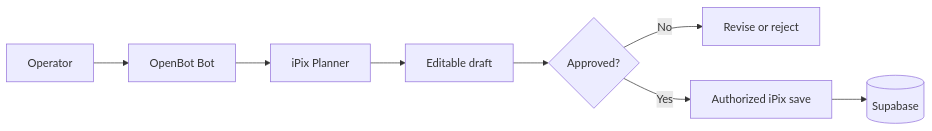
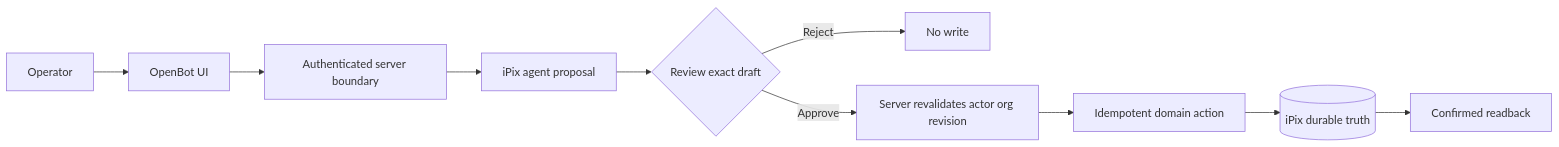
Before and after one commit to amoai-tech/ipix-open: the diagram in .claude/skills/mermaid-diagrams/SKILL.md, drawn with Mermaid. The commit also changed other lines of this file and 3 other files, not shown here.

Commit message:
docs: add OpenBot wireframe skill and strengthen Mermaid diagram guidance

````diff
--- a/.claude/skills/mermaid-diagrams/SKILL.md
+++ b/.claude/skills/mermaid-diagrams/SKILL.md
@@ -19,10 +33,12 @@
 ```mermaid
 flowchart LR
- U[Operator] --> B[OpenBot Bot]
- B --> P[iPix Planner]
- P --> D[Editable draft]
- D --> A{Approved?}
- A -->|No| R[Revise or reject]
- A -->|Yes| S[Authorized iPix save]
- S --> DB[(Supabase)]
+  U[Operator] --> UI[OpenBot UI]
+  UI --> API[Authenticated server boundary]
+  API --> M[iPix agent proposal]
+  M --> R{Review exact draft}
+  R -->|Reject| X[No write]
+  R -->|Approve| V[Server revalidates actor org revision]
+  V --> W[Idempotent domain action]
+  W --> DB[(iPix durable truth)]
+  DB --> B[Confirmed readback]
 ```
````
